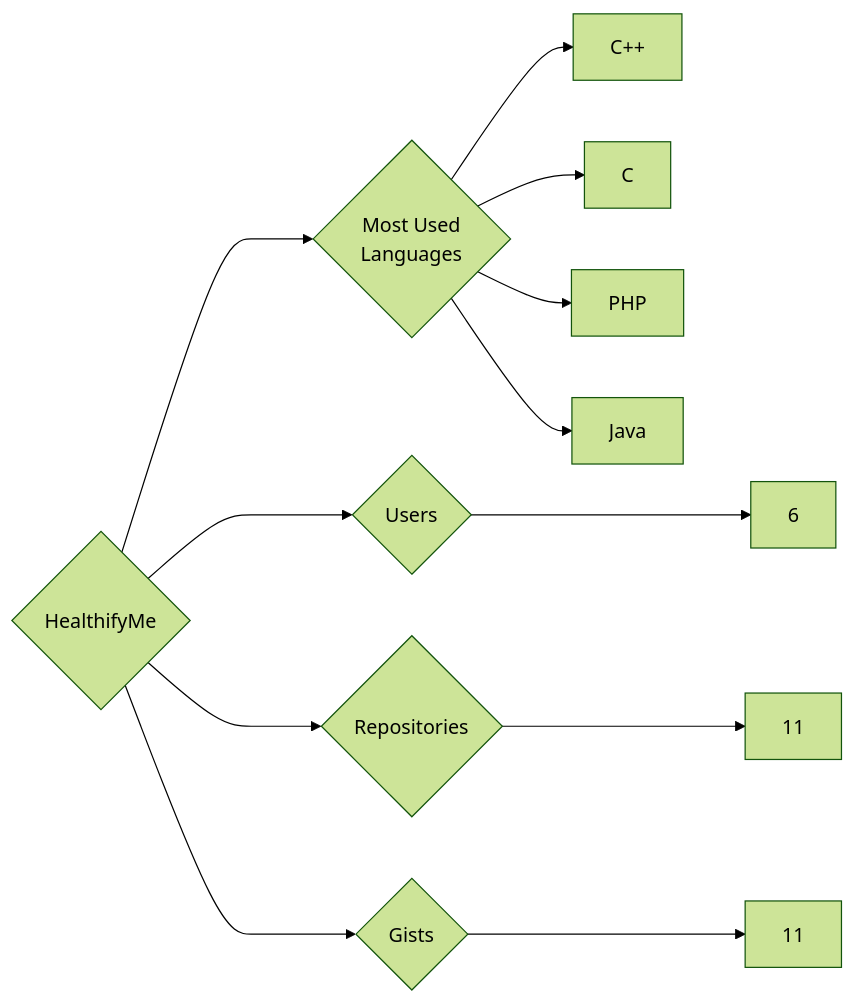
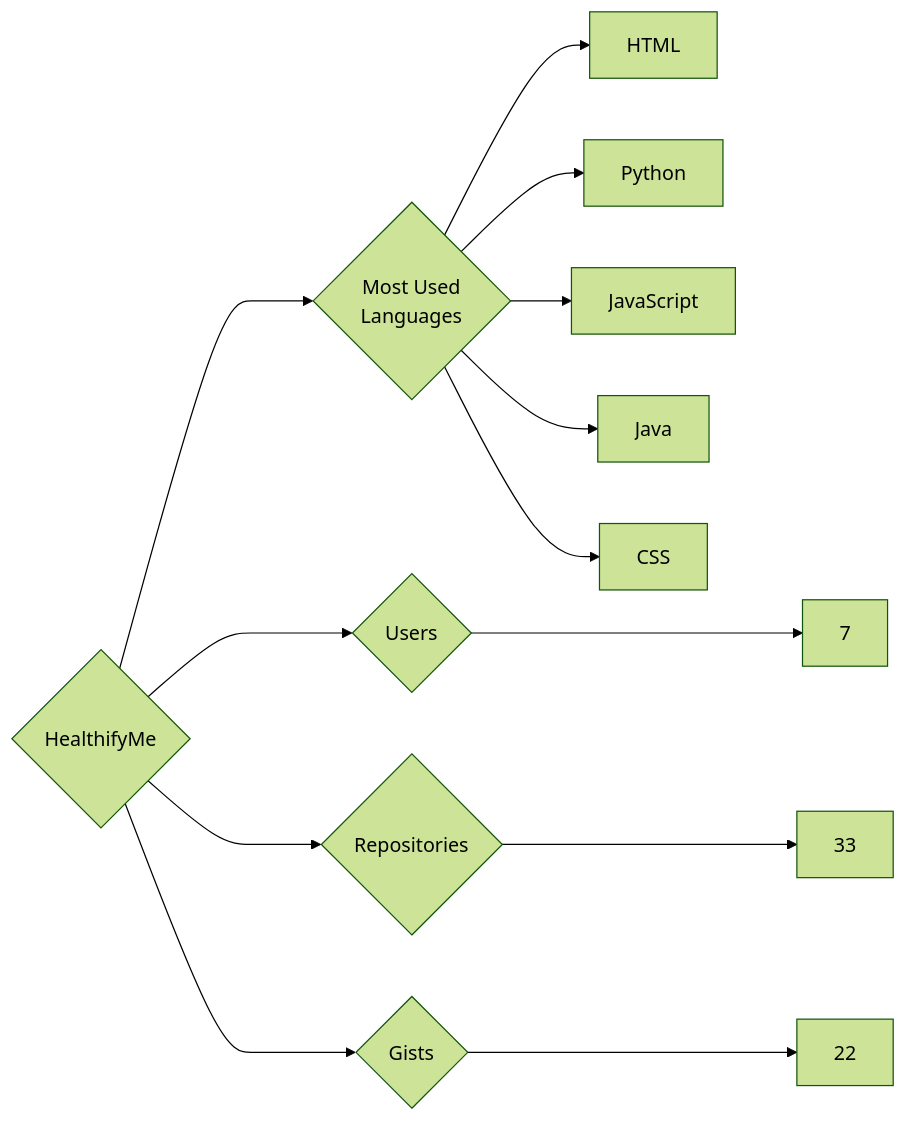
Before and after one commit to trickest/insiders: the diagram in targets/HealthifyMe/README.md, drawn with Mermaid (forest theme). The commit also changed 1170 other files, not shown here.

````diff
--- a/targets/HealthifyMe/README.md
+++ b/targets/HealthifyMe/README.md
@@ -3,12 +3,13 @@
 ```mermaid
 graph LR
 COMPANY_NAME{HealthifyMe}
-COMPANY_NAME ---> U{Users} ---> UN[6]
-COMPANY_NAME ---> R{Repositories} ---> RN[11]
-COMPANY_NAME ---> G{Gists} ---> GN[11]
+COMPANY_NAME ---> U{Users} ---> UN[7]
+COMPANY_NAME ---> R{Repositories} ---> RN[33]
+COMPANY_NAME ---> G{Gists} ---> GN[22]
 COMPANY_NAME ---> ML{Most Used<br>Languages}
-ML --> C++[C++]
-ML --> C[C]
-ML --> PHP[PHP]
+ML --> HTML[HTML]
+ML --> Python[Python]
+ML --> JavaScript[JavaScript]
 ML --> Java[Java]
+ML --> CSS[CSS]
 ```
````
